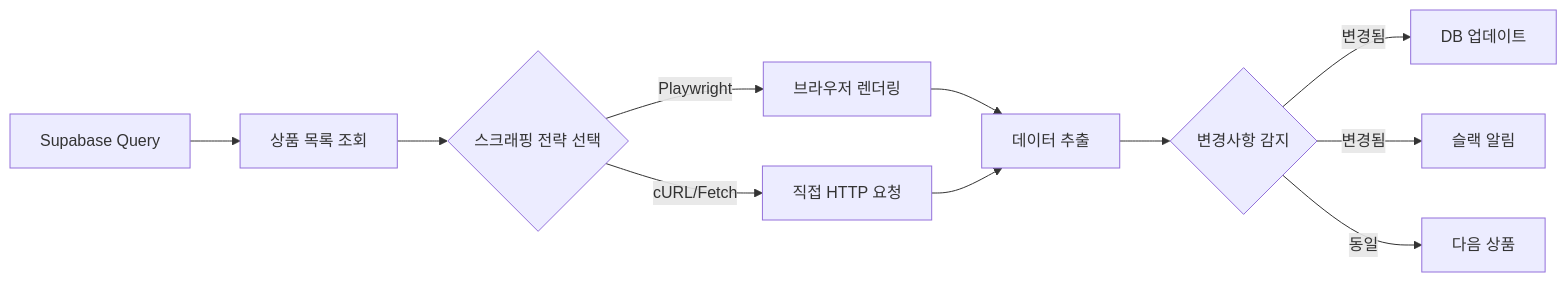
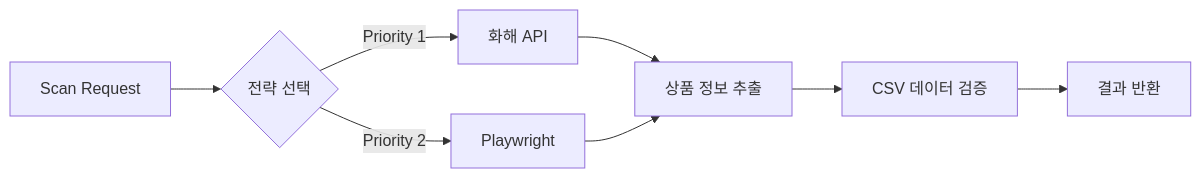
One commit to grandeclip/pouchit-scraper changed the first of 2 diagrams in product_scanner/README.md. Above: the diagram before and after it, drawn with Mermaid. The commit also changed other lines of this file and 10 other files, not shown here.

First line of the commit message:
feat(scanner): Supabase 상품 검색 API 추가 및 Repository Pattern 구현

````diff
--- a/product_scanner/README.md
+++ b/product_scanner/README.md
@@ -15,13 +23,10 @@
 ```mermaid
 graph LR
-    A[Supabase Query] --> B[상품 목록 조회]
-    B --> C{스크래핑 전략 선택}
-    C -->|Playwright| D[브라우저 렌더링]
-    C -->|cURL/Fetch| E[직접 HTTP 요청]
-    D --> F[데이터 추출]
-    E --> F
-    F --> G{변경사항 감지}
-    G -->|변경됨| H[DB 업데이트]
-    G -->|변경됨| I[슬랙 알림]
-    G -->|동일| J[다음 상품]
+    A[Scan Request] --> B{전략 선택}
+    B -->|Priority 1| C[화해 API]
+    B -->|Priority 2| D[Playwright]
+    C --> E[상품 정보 추출]
+    D --> E
+    E --> F[CSV 데이터 검증]
+    F --> G[결과 반환]
 ```
````
